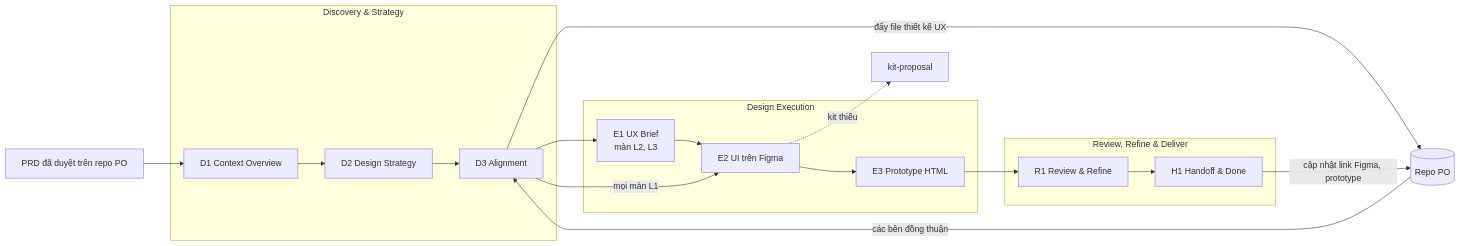
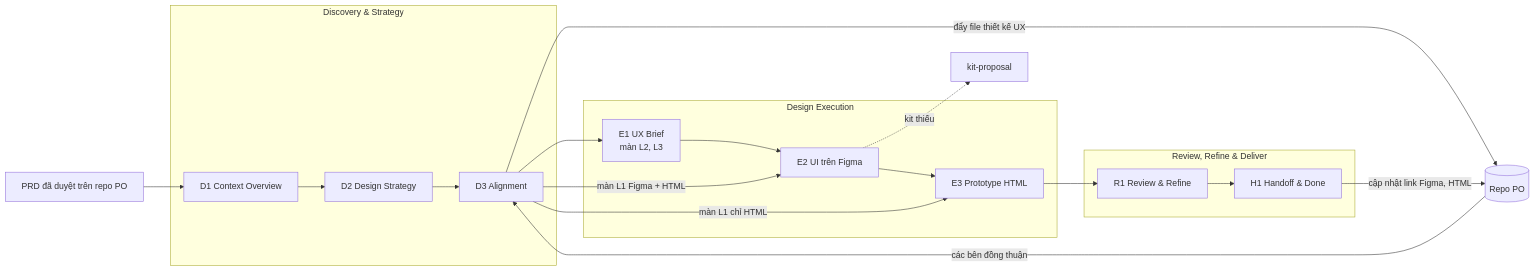
The diagram in README.md (buidhui/uiux_workflow), drawn with Mermaid before and after one commit. The commit also changed other lines of this file and 24 other files, not shown here.

````diff
--- a/README.md
+++ b/README.md
@@ -51,20 +106,21 @@
 ```mermaid
 flowchart LR
   PRD[PRD đã duyệt trên repo PO] --> D1
   subgraph P1[Discovery & Strategy]
     D1[D1 Context Overview] --> D2[D2 Design Strategy] --> D3[D3 Alignment]
   end
   D3 -->|đẩy file thiết kế UX| PO[(Repo PO)]
   PO -->|các bên đồng thuận| D3
   subgraph P2[Design Execution]
     E1[E1 UX Brief<br/>màn L2, L3] --> E2[E2 UI trên Figma] --> E3[E3 Prototype HTML]
   end
   subgraph P3[Review, Refine & Deliver]
     R1[R1 Review & Refine] --> H1[H1 Handoff & Done]
   end
   D3 --> E1
-  D3 -->|mọi màn L1| E2
+  D3 -->|màn L1 Figma + HTML| E2
+  D3 -->|màn L1 chỉ HTML| E3
   E3 --> R1
   E2 -.->|kit thiếu| KP[kit-proposal]
-  H1 -->|cập nhật link Figma, prototype| PO
+  H1 -->|cập nhật link Figma, HTML| PO
 ```
````
